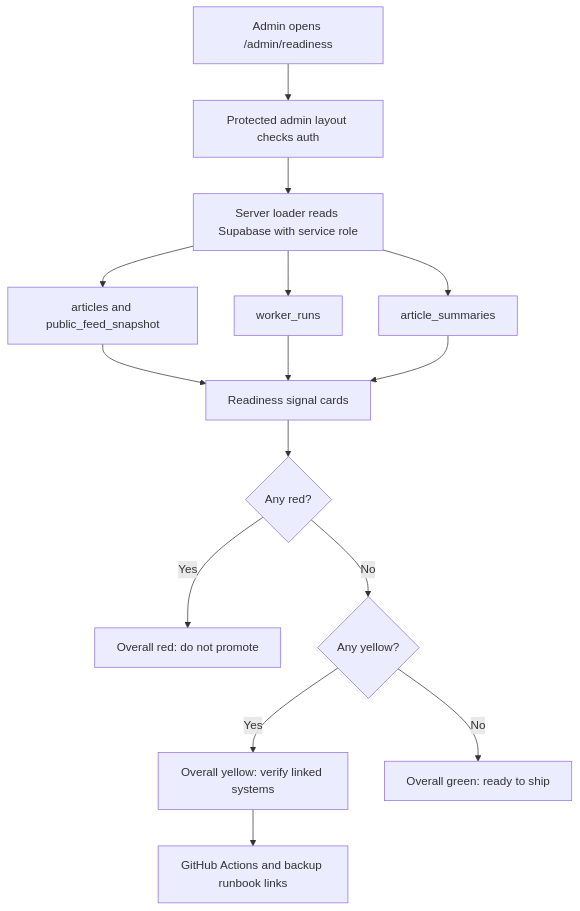
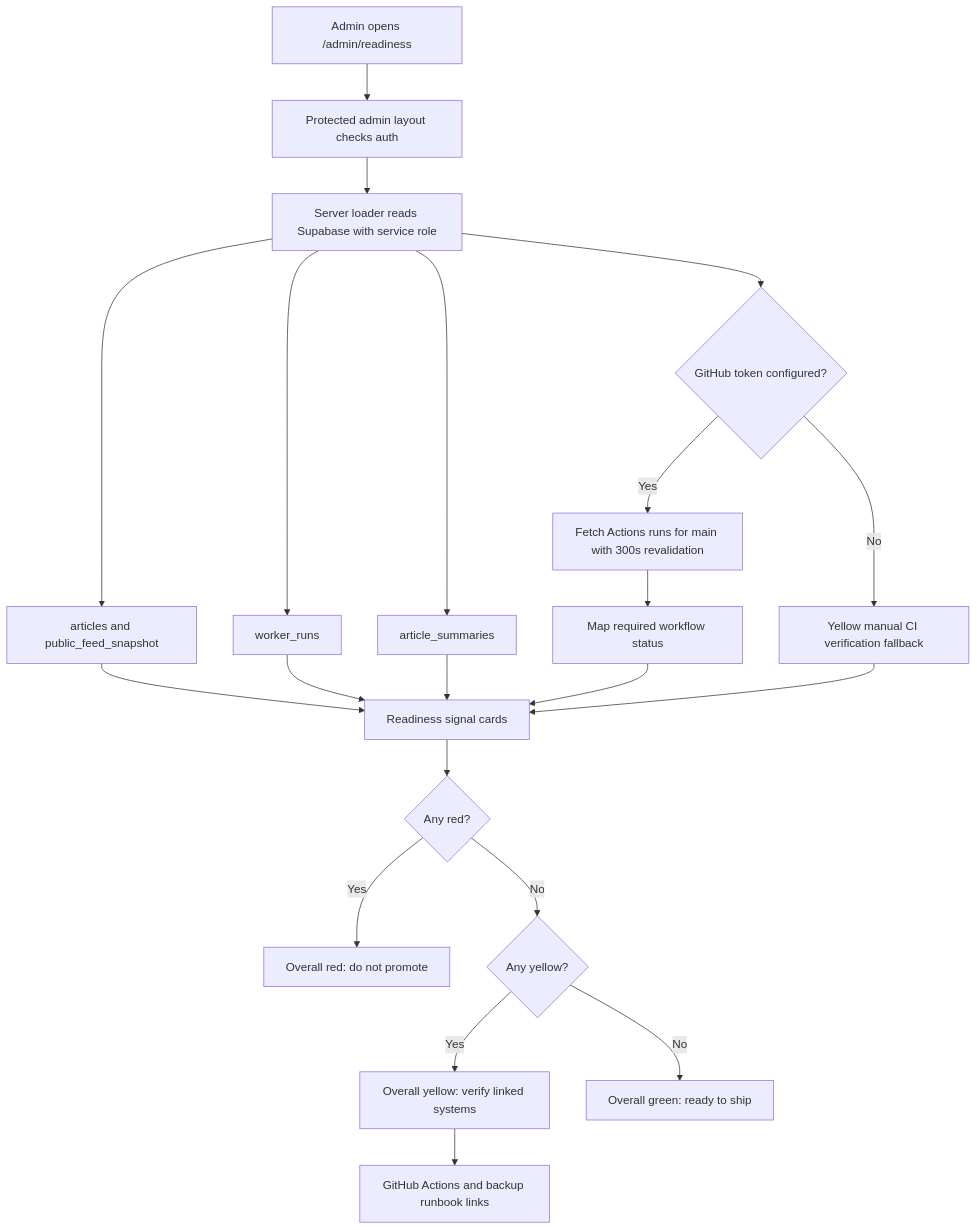
Before and after one commit to ramideltoro/nutsnews-docs: the diagram in PRODUCTION_READINESS_DASHBOARD.md, drawn with Mermaid. The commit also changed other lines of this file, not shown here.

Commit message:
Document live readiness CI status

````diff
--- a/PRODUCTION_READINESS_DASHBOARD.md
+++ b/PRODUCTION_READINESS_DASHBOARD.md
@@ -69,17 +101,23 @@
 ```mermaid
 flowchart TD
   A[Admin opens /admin/readiness] --> B[Protected admin layout checks auth]
   B --> C[Server loader reads Supabase with service role]
   C --> D[articles and public_feed_snapshot]
   C --> E[worker_runs]
   C --> F[article_summaries]
+  C --> N{GitHub token configured?}
+  N -->|Yes| O[Fetch Actions runs for main with 300s revalidation]
+  O --> P[Map required workflow status]
+  N -->|No| Q[Yellow manual CI verification fallback]
   D --> G[Readiness signal cards]
   E --> G
   F --> G
+  P --> G
+  Q --> G
   G --> H{Any red?}
   H -->|Yes| I[Overall red: do not promote]
   H -->|No| J{Any yellow?}
   J -->|Yes| K[Overall yellow: verify linked systems]
   J -->|No| L[Overall green: ready to ship]
   K --> M[GitHub Actions and backup runbook links]
 ```
````
